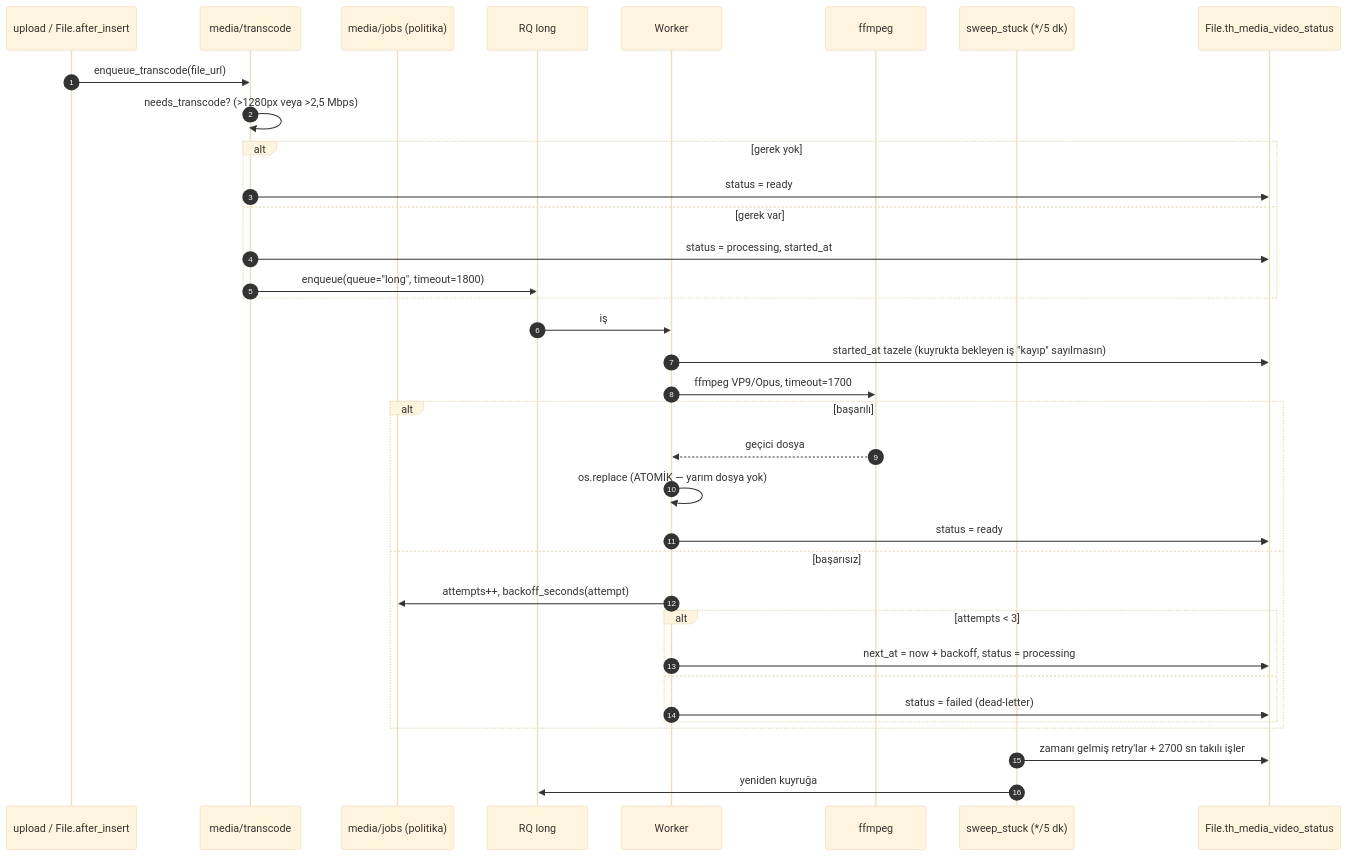
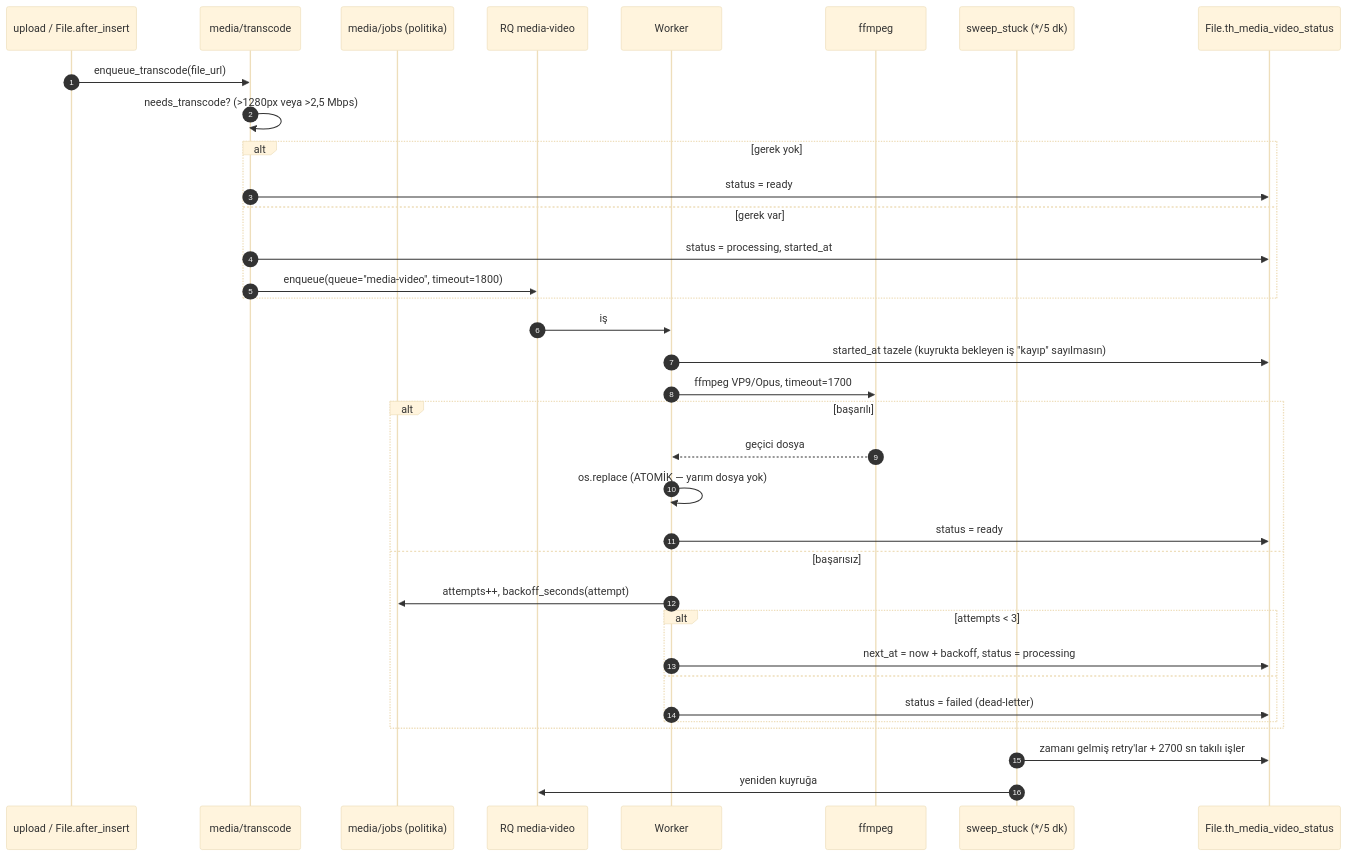
The fifth of 11 diagrams in docs/sad/SAD-v1.0.md (tradehub-tr/tradehub_core), drawn with Mermaid (base theme) before and after one commit. The commit also changed other lines of this file and 327 other files, not shown here.

````diff
--- a/docs/sad/SAD-v1.0.md
+++ b/docs/sad/SAD-v1.0.md
@@ -366,38 +381,38 @@
 ```mermaid
 sequenceDiagram
     autonumber
     participant API as upload / File.after_insert
     participant TR as media/transcode
     participant JB as media/jobs (politika)
-    participant Q as RQ long
+    participant Q as RQ media-video
     participant W as Worker
     participant FF as ffmpeg
     participant SW as sweep_stuck (*/5 dk)
     participant DB as File.th_media_video_status
 
     API->>TR: enqueue_transcode(file_url)
     TR->>TR: needs_transcode? (>1280px veya >2,5 Mbps)
     alt gerek yok
         TR->>DB: status = ready
     else gerek var
         TR->>DB: status = processing, started_at
-        TR->>Q: enqueue(queue="long", timeout=1800)
+        TR->>Q: enqueue(queue="media-video", timeout=1800)
     end
     Q->>W: iş
     W->>DB: started_at tazele (kuyrukta bekleyen iş "kayıp" sayılmasın)
     W->>FF: ffmpeg VP9/Opus, timeout=1700
     alt başarılı
         FF-->>W: geçici dosya
         W->>W: os.replace (ATOMİK — yarım dosya yok)
         W->>DB: status = ready
     else başarısız
         W->>JB: attempts++, backoff_seconds(attempt)
         alt attempts < 3
             W->>DB: next_at = now + backoff, status = processing
         else
             W->>DB: status = failed (dead-letter)
         end
     end
     SW->>DB: zamanı gelmiş retry'lar + 2700 sn takılı işler
     SW->>Q: yeniden kuyruğa
 ```
````
